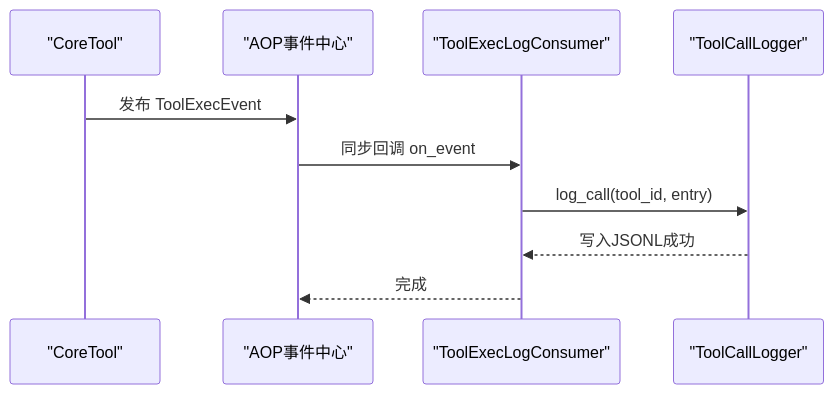
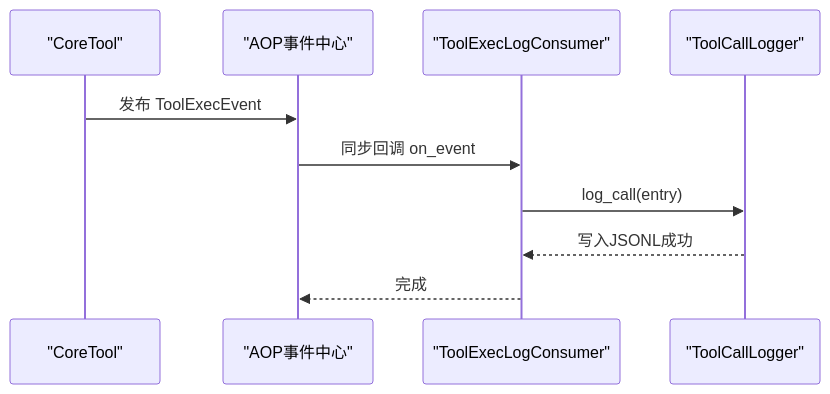
Before and after one commit to runningcoders/ai_orz: the eighth of 9 diagrams in docs/wiki/zh/content/核心模块/工具注册表/工具安全控制.md, drawn with Mermaid. The commit also changed other lines of this file and 6 other files, not shown here.

Commit message:
docs(wiki): 同步工具调用追踪与记忆写入现状 — call trace 路径改为 tools/call_trace/{YYYYMMDD}.jsonl，log_call/DailyJsonlWriter 签名与时序图更新（拉平 + 不数行 + append_batch），ToolCallLogger 不再按 tool_id 组织目录

````diff
--- a/docs/wiki/zh/content/核心模块/工具注册表/工具安全控制.md
+++ b/docs/wiki/zh/content/核心模块/工具注册表/工具安全控制.md
@@ -350,12 +350,12 @@
 ```mermaid
 sequenceDiagram
 participant Tool as "CoreTool"
 participant AOP as "AOP事件中心"
 participant Consumer as "ToolExecLogConsumer"
 participant Logger as "ToolCallLogger"
 Tool->>AOP : 发布 ToolExecEvent
 AOP->>Consumer : 同步回调 on_event
-Consumer->>Logger : log_call(tool_id, entry)
+Consumer->>Logger : log_call(entry)
 Logger-->>Consumer : 写入JSONL成功
 Consumer-->>AOP : 完成
 ```
````
